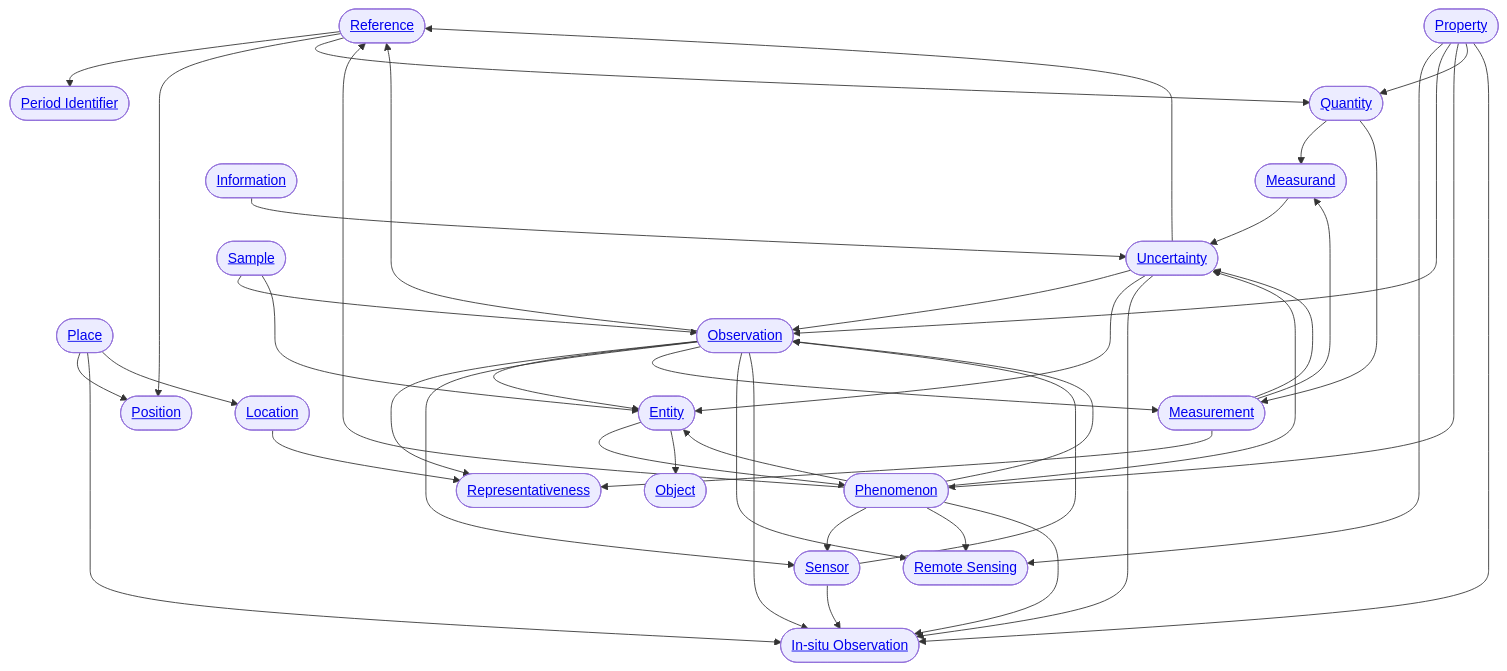
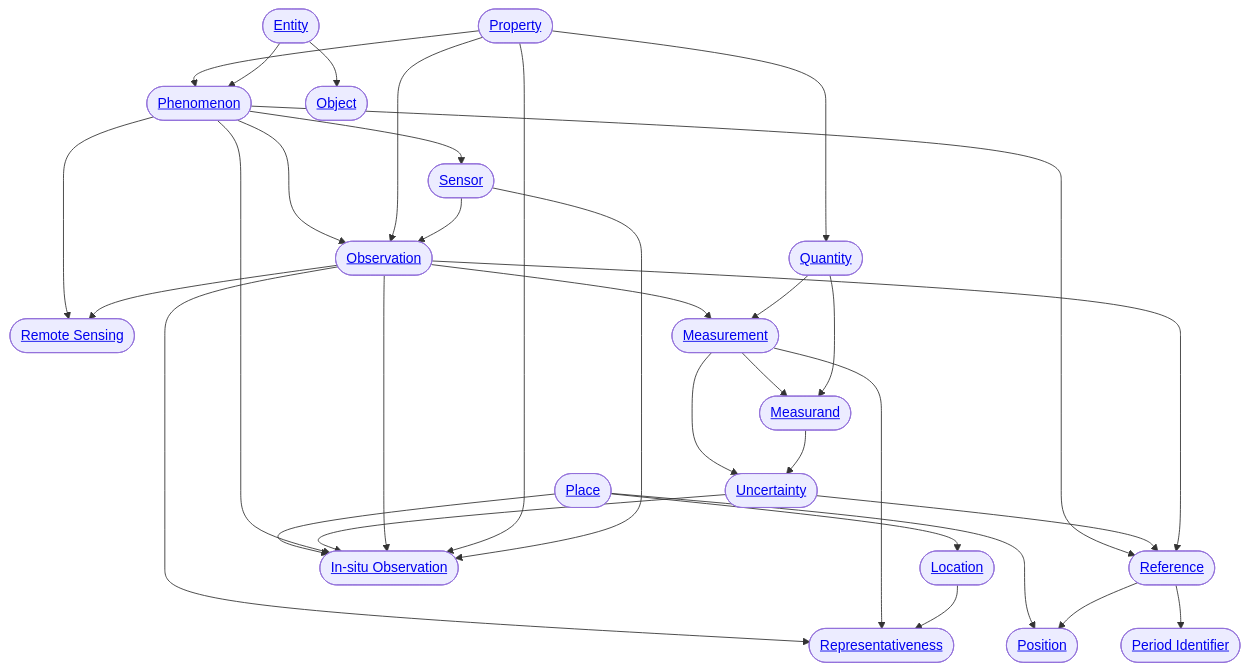
Before and after one commit to do-me/kceo_glossary: the diagram in docs/mermaid.md, drawn with Mermaid. The commit also changed 1 other file, not shown here.

Commit message:
only use text from first definition for mermaid diagrams

````diff
--- a/docs/mermaid.md
+++ b/docs/mermaid.md
@@ -1,46 +1,35 @@
 ```mermaid
 flowchart TD;
+    id_place(["<a href='../place'>Place</a>"]) --> id_location(["<a href='../location'>Location</a>"]);
+    id_place(["<a href='../place'>Place</a>"]) --> id_in-situ_observation(["<a href='../in-situ_observation'>In-situ Observation</a>"]);
     id_place(["<a href='../place'>Place</a>"]) --> id_position(["<a href='../position'>Position</a>"]);
-    id_place(["<a href='../place'>Place</a>"]) --> id_in-situ_observation(["<a href='../in-situ_observation'>In-situ Observation</a>"]);
-    id_place(["<a href='../place'>Place</a>"]) --> id_location(["<a href='../location'>Location</a>"]);
     id_reference(["<a href='../reference'>Reference</a>"]) --> id_period_identifier(["<a href='../period_identifier'>Period Identifier</a>"]);
     id_reference(["<a href='../reference'>Reference</a>"]) --> id_position(["<a href='../position'>Position</a>"]);
-    id_reference(["<a href='../reference'>Reference</a>"]) --> id_quantity(["<a href='../quantity'>Quantity</a>"]);
-    id_phenomenon(["<a href='../phenomenon'>Phenomenon</a>"]) --> id_entity(["<a href='../entity'>Entity</a>"]);
     id_phenomenon(["<a href='../phenomenon'>Phenomenon</a>"]) --> id_sensor(["<a href='../sensor'>Sensor</a>"]);
     id_phenomenon(["<a href='../phenomenon'>Phenomenon</a>"]) --> id_reference(["<a href='../reference'>Reference</a>"]);
+    id_phenomenon(["<a href='../phenomenon'>Phenomenon</a>"]) --> id_in-situ_observation(["<a href='../in-situ_observation'>In-situ Observation</a>"]);
     id_phenomenon(["<a href='../phenomenon'>Phenomenon</a>"]) --> id_remote_sensing(["<a href='../remote_sensing'>Remote Sensing</a>"]);
-    id_phenomenon(["<a href='../phenomenon'>Phenomenon</a>"]) --> id_uncertainty(["<a href='../uncertainty'>Uncertainty</a>"]);
     id_phenomenon(["<a href='../phenomenon'>Phenomenon</a>"]) --> id_observation(["<a href='../observation'>Observation</a>"]);
-    id_phenomenon(["<a href='../phenomenon'>Phenomenon</a>"]) --> id_in-situ_observation(["<a href='../in-situ_observation'>In-situ Observation</a>"]);
-    id_uncertainty(["<a href='../uncertainty'>Uncertainty</a>"]) --> id_observation(["<a href='../observation'>Observation</a>"]);
     id_uncertainty(["<a href='../uncertainty'>Uncertainty</a>"]) --> id_reference(["<a href='../reference'>Reference</a>"]);
-    id_uncertainty(["<a href='../uncertainty'>Uncertainty</a>"]) --> id_entity(["<a href='../entity'>Entity</a>"]);
     id_uncertainty(["<a href='../uncertainty'>Uncertainty</a>"]) --> id_in-situ_observation(["<a href='../in-situ_observation'>In-situ Observation</a>"]);
+    id_observation(["<a href='../observation'>Observation</a>"]) --> id_reference(["<a href='../reference'>Reference</a>"]);
     id_observation(["<a href='../observation'>Observation</a>"]) --> id_representativeness(["<a href='../representativeness'>Representativeness</a>"]);
-    id_observation(["<a href='../observation'>Observation</a>"]) --> id_entity(["<a href='../entity'>Entity</a>"]);
-    id_observation(["<a href='../observation'>Observation</a>"]) --> id_sensor(["<a href='../sensor'>Sensor</a>"]);
-    id_observation(["<a href='../observation'>Observation</a>"]) --> id_reference(["<a href='../reference'>Reference</a>"]);
     id_observation(["<a href='../observation'>Observation</a>"]) --> id_measurement(["<a href='../measurement'>Measurement</a>"]);
+    id_observation(["<a href='../observation'>Observation</a>"]) --> id_in-situ_observation(["<a href='../in-situ_observation'>In-situ Observation</a>"]);
     id_observation(["<a href='../observation'>Observation</a>"]) --> id_remote_sensing(["<a href='../remote_sensing'>Remote Sensing</a>"]);
-    id_observation(["<a href='../observation'>Observation</a>"]) --> id_in-situ_observation(["<a href='../in-situ_observation'>In-situ Observation</a>"]);
-    id_sample(["<a href='../sample'>Sample</a>"]) --> id_observation(["<a href='../observation'>Observation</a>"]);
-    id_sample(["<a href='../sample'>Sample</a>"]) --> id_entity(["<a href='../entity'>Entity</a>"]);
     id_measurement(["<a href='../measurement'>Measurement</a>"]) --> id_uncertainty(["<a href='../uncertainty'>Uncertainty</a>"]);
     id_measurement(["<a href='../measurement'>Measurement</a>"]) --> id_representativeness(["<a href='../representativeness'>Representativeness</a>"]);
     id_measurement(["<a href='../measurement'>Measurement</a>"]) --> id_measurand(["<a href='../measurand'>Measurand</a>"]);
     id_measurand(["<a href='../measurand'>Measurand</a>"]) --> id_uncertainty(["<a href='../uncertainty'>Uncertainty</a>"]);
-    id_information(["<a href='../information'>Information</a>"]) --> id_uncertainty(["<a href='../uncertainty'>Uncertainty</a>"]);
-    id_property(["<a href='../property'>Property</a>"]) --> id_remote_sensing(["<a href='../remote_sensing'>Remote Sensing</a>"]);
     id_property(["<a href='../property'>Property</a>"]) --> id_observation(["<a href='../observation'>Observation</a>"]);
+    id_property(["<a href='../property'>Property</a>"]) --> id_in-situ_observation(["<a href='../in-situ_observation'>In-situ Observation</a>"]);
     id_property(["<a href='../property'>Property</a>"]) --> id_phenomenon(["<a href='../phenomenon'>Phenomenon</a>"]);
     id_property(["<a href='../property'>Property</a>"]) --> id_quantity(["<a href='../quantity'>Quantity</a>"]);
-    id_property(["<a href='../property'>Property</a>"]) --> id_in-situ_observation(["<a href='../in-situ_observation'>In-situ Observation</a>"]);
+    id_entity(["<a href='../entity'>Entity</a>"]) --> id_object(["<a href='../object'>Object</a>"]);
     id_entity(["<a href='../entity'>Entity</a>"]) --> id_phenomenon(["<a href='../phenomenon'>Phenomenon</a>"]);
-    id_entity(["<a href='../entity'>Entity</a>"]) --> id_object(["<a href='../object'>Object</a>"]);
     id_quantity(["<a href='../quantity'>Quantity</a>"]) --> id_measurand(["<a href='../measurand'>Measurand</a>"]);
     id_quantity(["<a href='../quantity'>Quantity</a>"]) --> id_measurement(["<a href='../measurement'>Measurement</a>"]);
     id_sensor(["<a href='../sensor'>Sensor</a>"]) --> id_observation(["<a href='../observation'>Observation</a>"]);
     id_sensor(["<a href='../sensor'>Sensor</a>"]) --> id_in-situ_observation(["<a href='../in-situ_observation'>In-situ Observation</a>"]);
     id_location(["<a href='../location'>Location</a>"]) --> id_representativeness(["<a href='../representativeness'>Representativeness</a>"]);
 ```
````
